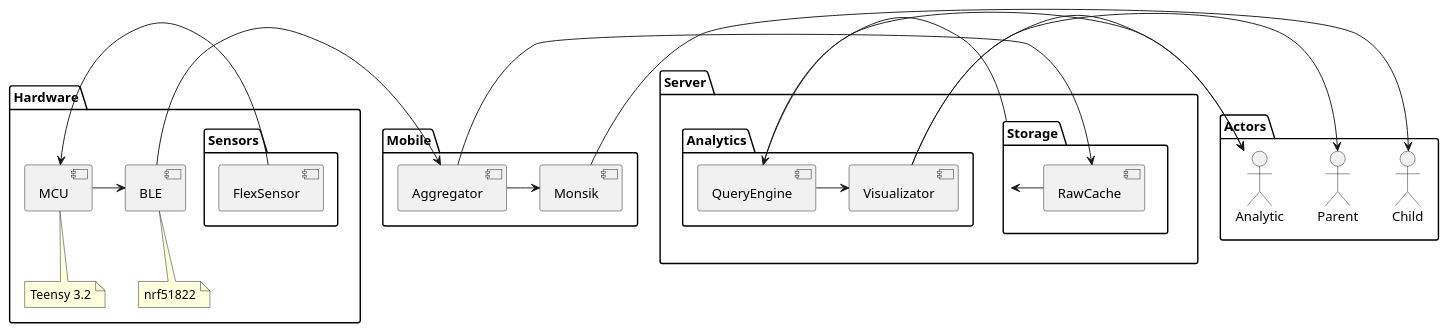
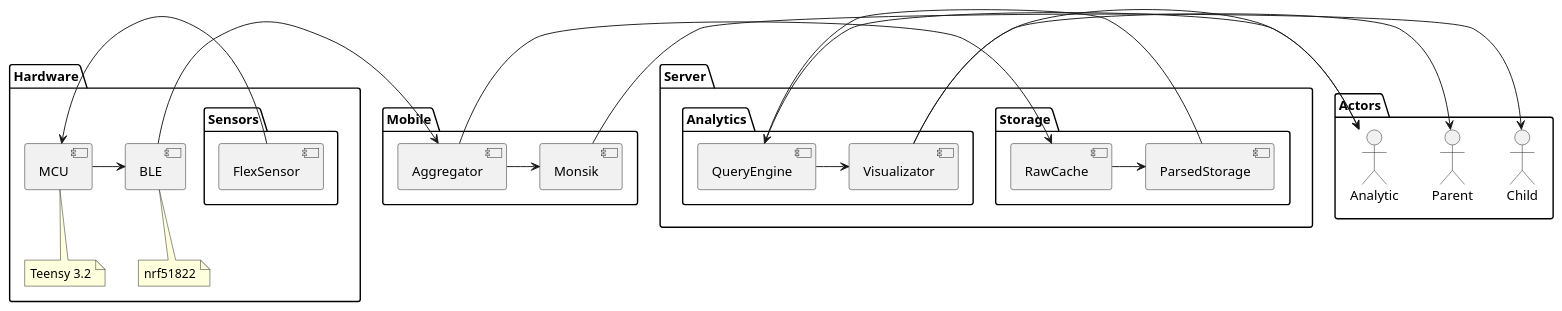
Before and after one commit to motorica-org/telemetry-docs: the diagram in architecture.puml, drawn with PlantUML.

Commit message:
feat(Architecture): Rename Storage -> ParsedStorage

```diff
--- a/architecture.puml
+++ b/architecture.puml
@@ -1,47 +1,47 @@
 @startuml
 skinparam componentStyle uml2
 
 package Hardware {
     component MCU
     component BLE
 
     package Sensors {
         [FlexSensor] -> [MCU]
     }
 
     [MCU] -> [BLE]
 
     note bottom of [MCU]: Teensy 3.2
     note bottom of [BLE]: nrf51822
 }
 
 package Mobile {
     [BLE] -> [Aggregator]
     [Aggregator] -> [Monsik]
 }
 
 package Server {
     package Storage {
         [Aggregator] -> [RawCache]
-        [RawCache] -> [Storage]
+        [RawCache] -> [ParsedStorage]
     }
     package Analytics {
-        [Storage] -> [QueryEngine]
+        [ParsedStorage] -> [QueryEngine]
         [QueryEngine] -> [Visualizator]
     }
 }
 
 package Actors {
     actor Child
     actor Parent
     actor Analytic
 
     Child <- [Monsik]
 
     Parent <- [Visualizator]
 
     Analytic <- [QueryEngine]
     Analytic <- [Visualizator]
 }
 
 @enduml
```
